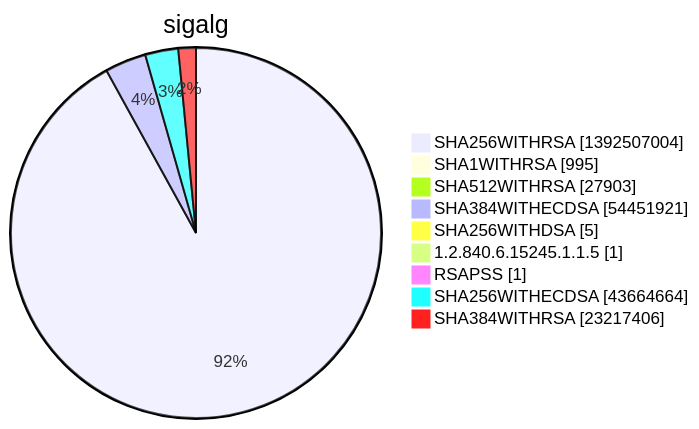
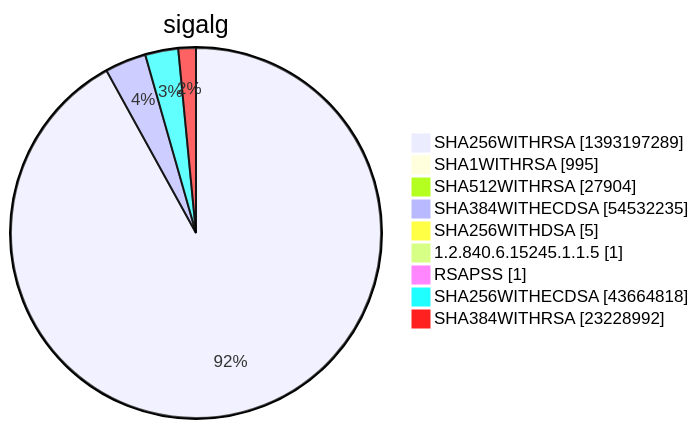
Before and after one commit to christiankrug/ctmonitor_visualization: diagram 15 of 15 in xenon2022/README.md, drawn with Mermaid. The commit also changed other lines of this file, not shown here.

````diff
--- a/xenon2022/README.md
+++ b/xenon2022/README.md
@@ -5855,13 +5855,13 @@
 ```mermaid
 pie showData
 title sigalg
-"SHA256WITHRSA" :1392507004
+"SHA256WITHRSA" :1393197289
 "SHA1WITHRSA" :995
-"SHA512WITHRSA" :27903
-"SHA384WITHECDSA" :54451921
+"SHA512WITHRSA" :27904
+"SHA384WITHECDSA" :54532235
 "SHA256WITHDSA" :5
 "1.2.840.6.15245.1.1.5" :1
 "RSAPSS" :1
-"SHA256WITHECDSA" :43664664
-"SHA384WITHRSA" :23217406
+"SHA256WITHECDSA" :43664818
+"SHA384WITHRSA" :23228992
 ```
````
